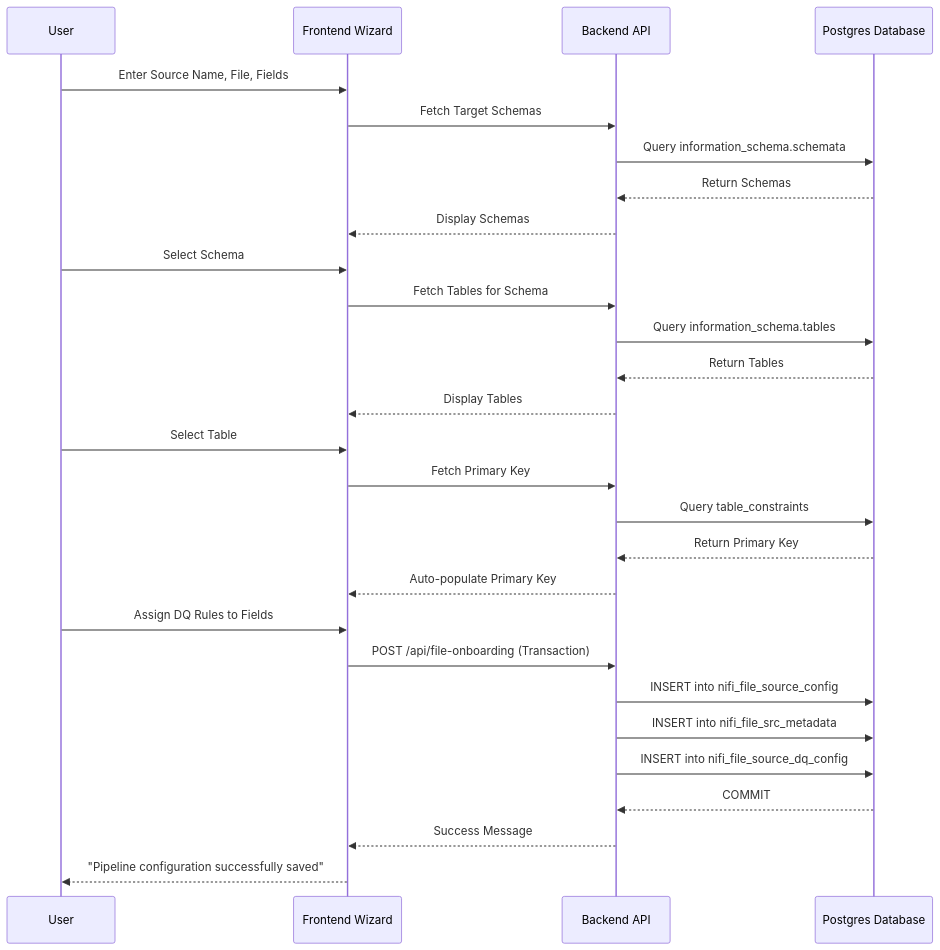
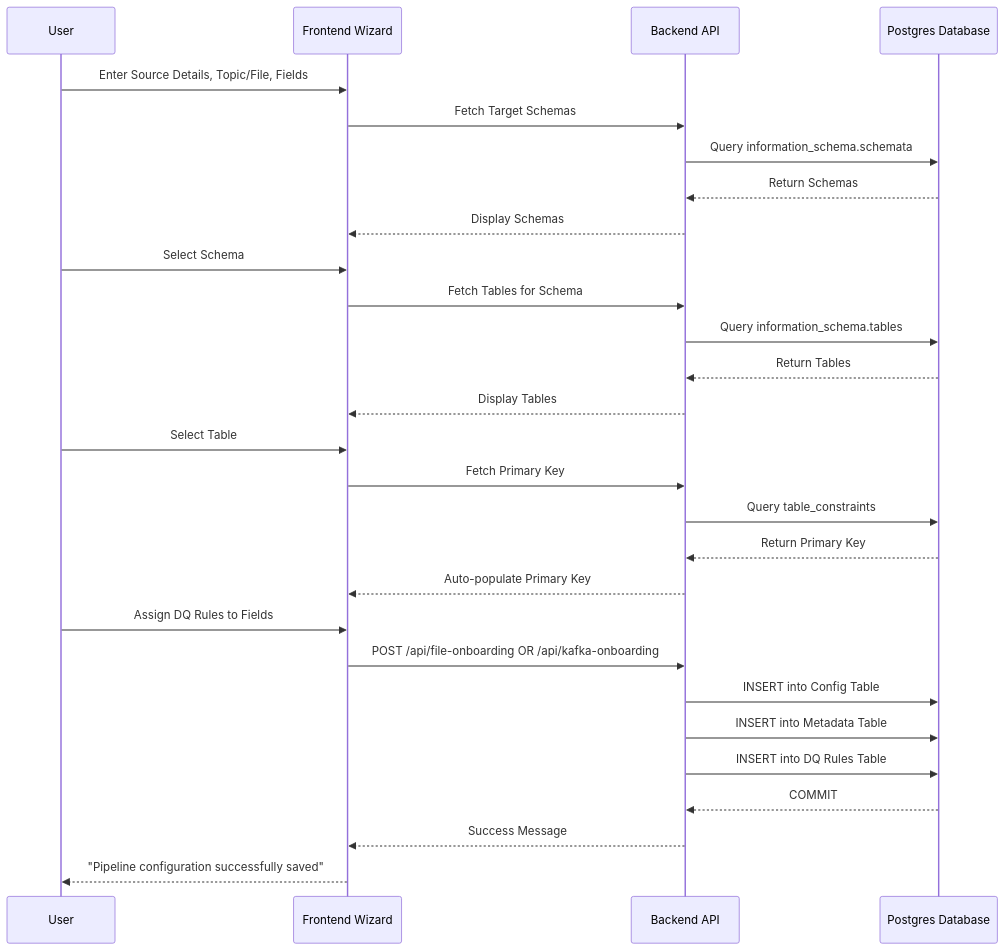
The third of 4 diagrams in README.md (RawatShreyansh/onboarding_form), drawn with Mermaid before and after one commit. The commit also changed other lines of this file, not shown here.

Commit message:
Modifying ReadMe file with kafka details

````diff
--- a/README.md
+++ b/README.md
@@ -95,31 +130,31 @@
 ```mermaid
 sequenceDiagram
     participant User
     participant UI as Frontend Wizard
     participant API as Backend API
     participant DB as Postgres Database
 
-    User->>UI: Enter Source Name, File, Fields
+    User->>UI: Enter Source Details, Topic/File, Fields
     UI->>API: Fetch Target Schemas
     API->>DB: Query information_schema.schemata
     DB-->>API: Return Schemas
     API-->>UI: Display Schemas
     User->>UI: Select Schema
     UI->>API: Fetch Tables for Schema
     API->>DB: Query information_schema.tables
     DB-->>API: Return Tables
     API-->>UI: Display Tables
     User->>UI: Select Table
     UI->>API: Fetch Primary Key
     API->>DB: Query table_constraints
     DB-->>API: Return Primary Key
     API-->>UI: Auto-populate Primary Key
     User->>UI: Assign DQ Rules to Fields
-    UI->>API: POST /api/file-onboarding (Transaction)
-    API->>DB: INSERT into nifi_file_source_config
-    API->>DB: INSERT into nifi_file_src_metadata
-    API->>DB: INSERT into nifi_file_source_dq_config
+    UI->>API: POST /api/file-onboarding OR /api/kafka-onboarding
+    API->>DB: INSERT into Config Table
+    API->>DB: INSERT into Metadata Table
+    API->>DB: INSERT into DQ Rules Table
     DB-->>API: COMMIT
     API-->>UI: Success Message
     UI-->>User: "Pipeline configuration successfully saved"
 ```
````
